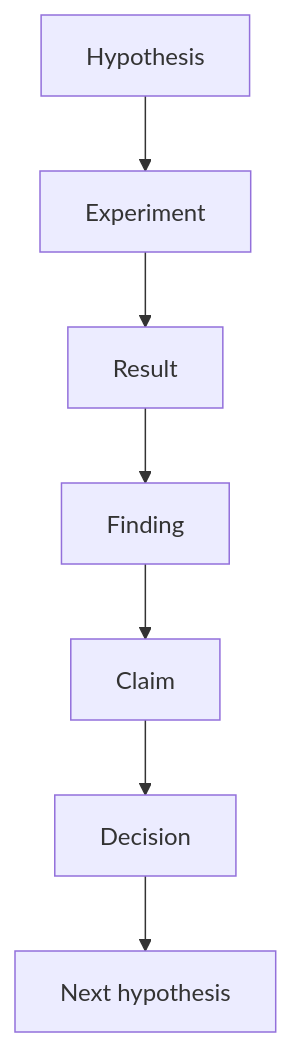
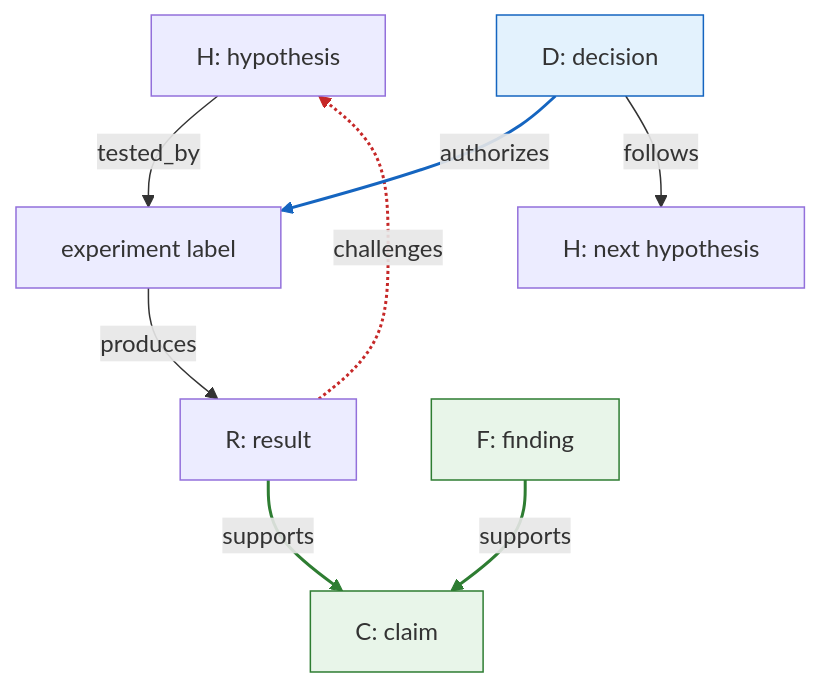
The diagram in rtmpl/templates/batchcom-research/to_human/evolution.mmd (yulong-ge/ResearchTemplate), drawn with Mermaid before and after one commit. The commit also changed 37 other files, not shown here.

First line of the commit message:
feat(template): ADHD-optimized contract — semantic experiment labels, automation_mode, pause/resume + consistency/doctor/summary/graph hooks

```diff
--- a/rtmpl/templates/batchcom-research/to_human/evolution.mmd
+++ b/rtmpl/templates/batchcom-research/to_human/evolution.mmd
@@ -1,9 +1,21 @@
+%% Derived view, regenerated from research-state.yaml and the linked records.
+%% Node labels record the real IDs (H / semantic experiment label / R / F / C / D).
+%% Relation colors: green = supports, red = challenges, blue = authorizes.
 flowchart TD
-  H0[Hypothesis] --> E0[Experiment]
-  E0 --> R0[Result]
-  R0 --> F0[Finding]
-  F0 --> C0[Claim]
-  C0 --> D0[Decision]
-  D0 --> H1[Next hypothesis]
+  H0[H: hypothesis] -->|tested_by| E0[experiment label]
+  E0 -->|produces| R0[R: result]
+  R0 -->|supports| C0[C: claim]
+  R0 -.->|challenges| H0
+  F0[F: finding] -->|supports| C0
+  D0[D: decision] -->|authorizes| E0
+  D0 -->|follows| H1[H: next hypothesis]
 
-%% Regenerate this view from research-state.yaml and record IDs on every node.
+  linkStyle 2 stroke:#2e7d32,stroke-width:2px
+  linkStyle 3 stroke:#c62828,stroke-width:2px
+  linkStyle 4 stroke:#2e7d32,stroke-width:2px
+  linkStyle 5 stroke:#1565c0,stroke-width:2px
+
+  classDef supported fill:#e8f5e9,stroke:#2e7d32;
+  classDef authorizer fill:#e3f2fd,stroke:#1565c0;
+  class C0,F0 supported;
+  class D0 authorizer;
```
